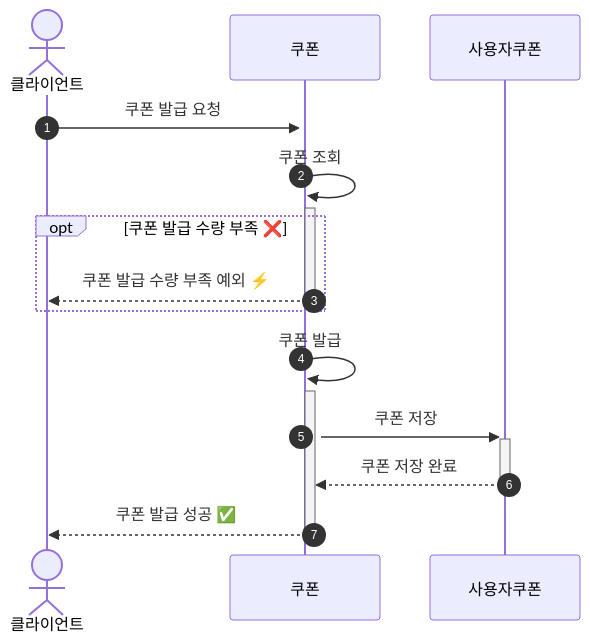
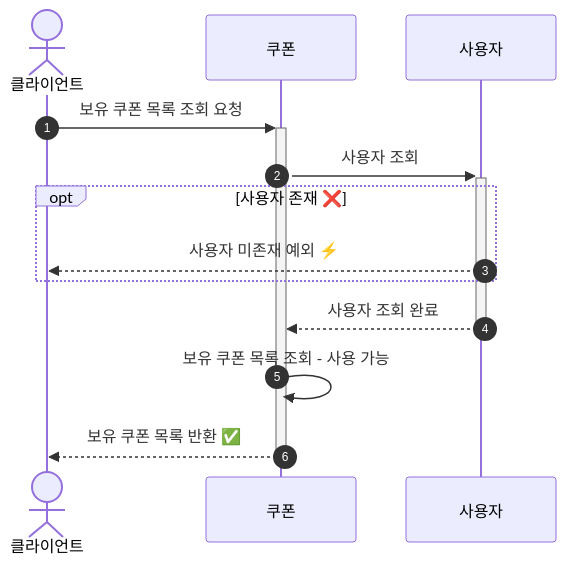
Before and after one commit to discphy/hhplus-e-commerce: the fourth of 7 diagrams in docs/architecture/03.SequenceDiagram.md, drawn with Mermaid. The commit also changed other lines of this file, not shown here.

Commit message:
[DOCS] 시퀀스 다이어그램 수정

````diff
--- a/docs/architecture/03.SequenceDiagram.md
+++ b/docs/architecture/03.SequenceDiagram.md
@@ -49,18 +136,17 @@
 ```mermaid
 sequenceDiagram
     autonumber
     actor 클라이언트
     participant 쿠폰
-    participant 사용자쿠폰
-    클라이언트 ->>+ 쿠폰: 쿠폰 발급 요청
-    쿠폰 ->>+ 쿠폰: 쿠폰 조회
+    participant 사용자
+    클라이언트 ->>+ 쿠폰: 보유 쿠폰 목록 조회 요청
+    쿠폰 ->>+ 사용자: 사용자 조회
 
-    opt 쿠폰 발급 수량 부족 ❌
-        쿠폰 -->>- 클라이언트: 쿠폰 발급 수량 부족 예외 ⚡️
+    opt 사용자 존재 ❌
+        사용자 -->> 클라이언트: 사용자 미존재 예외 ⚡️
     end
 
-    쿠폰 ->>+ 쿠폰: 쿠폰 발급
-    쿠폰 ->>+ 사용자쿠폰: 쿠폰 저장
-    사용자쿠폰 -->>- 쿠폰: 쿠폰 저장 완료
-    쿠폰 -->>- 클라이언트: 쿠폰 발급 성공 ✅ 
+    사용자 -->>- 쿠폰: 사용자 조회 완료
+    쿠폰 ->> 쿠폰: 보유 쿠폰 목록 조회 - 사용 가능
+    쿠폰 -->>- 클라이언트: 보유 쿠폰 목록 반환 ✅ 
 ```
````
